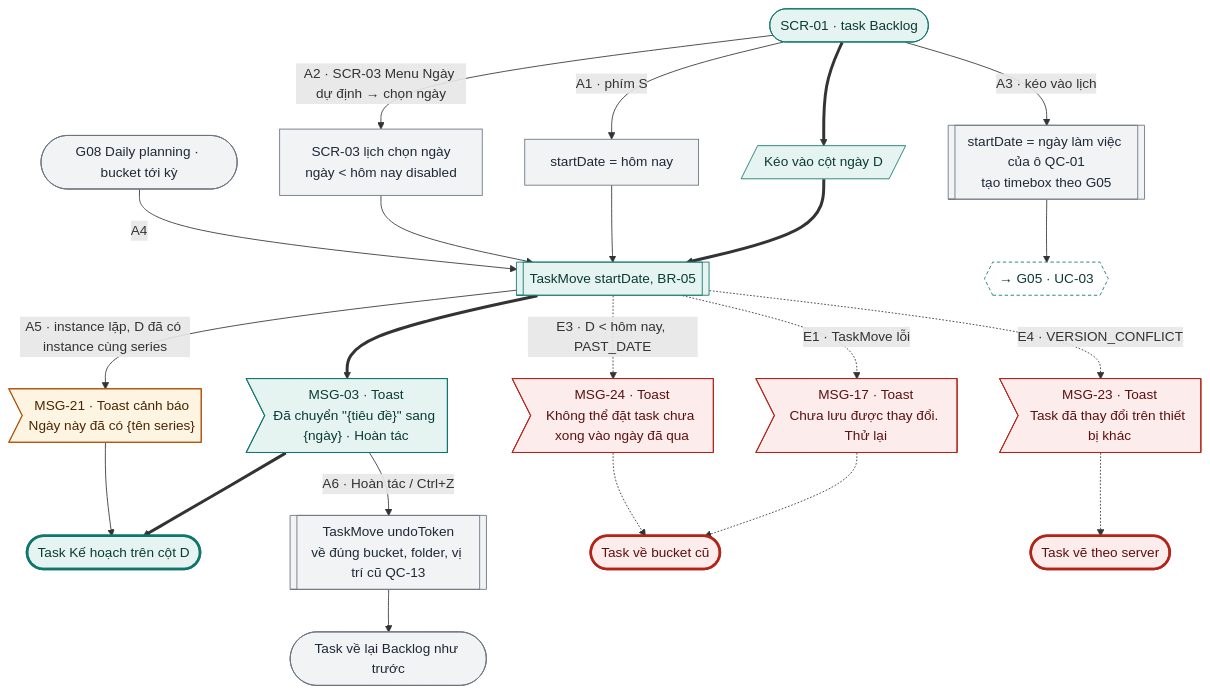
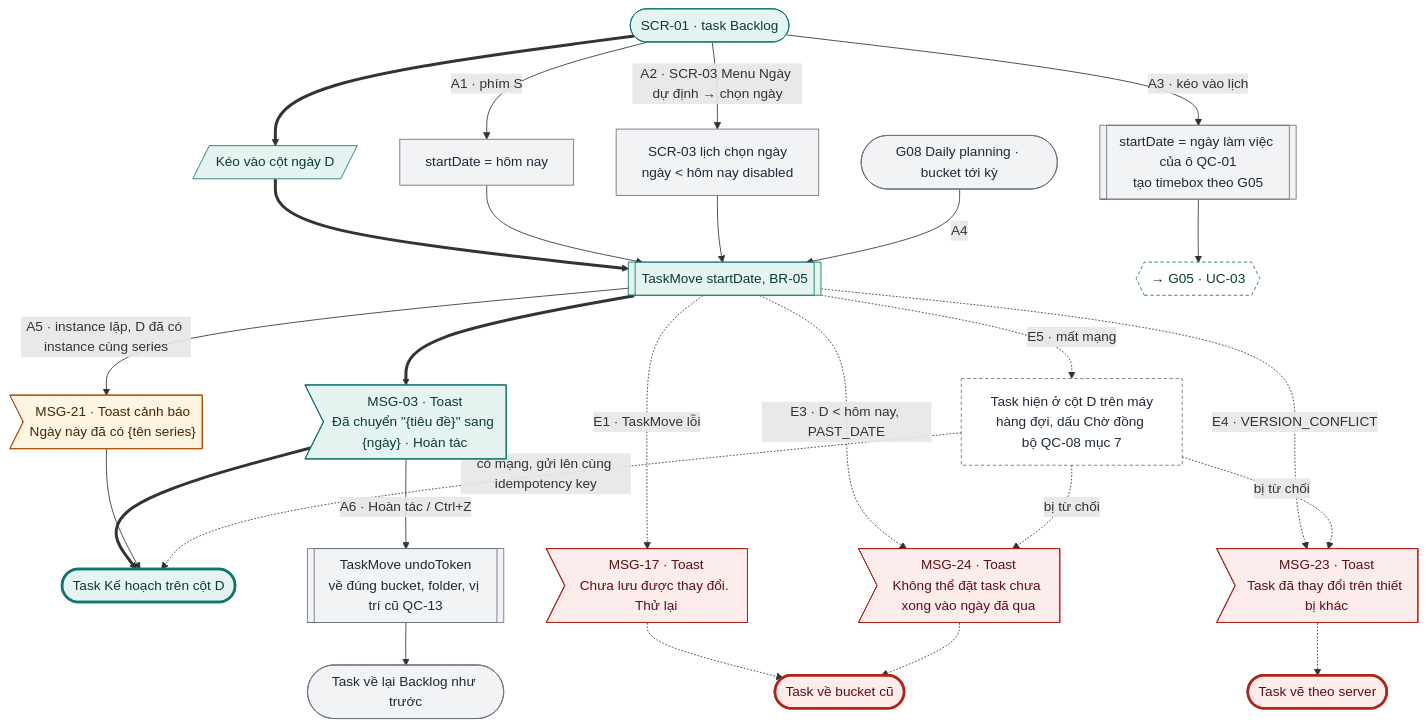
The eighth of 18 diagrams in docs/design-brief/flow/g06-backlog-rollover.md (tannguyenho/personal-app), drawn with Mermaid before and after one commit. The commit also changed other lines of this file and 6 other files, not shown here.

First line of the commit message:
docs: G03 / G06 nhánh mất mạng và ngoại lệ B08; ghi điểm phát sinh cần PO xem

````diff
--- a/docs/design-brief/flow/g06-backlog-rollover.md
+++ b/docs/design-brief/flow/g06-backlog-rollover.md
@@ -301,45 +308,50 @@
 ```mermaid
 flowchart TD
   start(["SCR-01 · task Backlog"])
   u1[/"Kéo vào cột ngày D"/]
   p1[["TaskMove startDate, BR-05"]]
   m3>"MSG-03 · Toast<br/>Đã chuyển #quot;{tiêu đề}#quot; sang {ngày} · Hoàn tác"]
   ok(["Task Kế hoạch trên cột D"])
   start ==> u1 ==> p1 ==> m3 ==> ok
 
   start -->|"A1 · phím S"| a1["startDate = hôm nay"]
   start -->|"A2 · SCR-03 Menu Ngày dự định → chọn ngày"| a2["SCR-03 lịch chọn ngày<br/>ngày < hôm nay disabled"]
   a1 --> p1
   a2 --> p1
   m3 -->|"A6 · Hoàn tác / Ctrl+Z"| a6[["TaskMove undoToken<br/>về đúng bucket, folder, vị trí cũ QC-13"]]
   a6 --> a6e(["Task về lại Backlog như trước"])
   start -->|"A3 · kéo vào lịch"| a3[["startDate = ngày làm việc của ô QC-01<br/>tạo timebox theo G05"]]
   a3 --> a3x{{"→ G05 · UC-03"}}
   a4s(["G08 Daily planning · bucket tới kỳ"]) -->|"A4"| p1
   p1 -->|"A5 · instance lặp, D đã có instance cùng series"| a5m>"MSG-21 · Toast cảnh báo<br/>Ngày này đã có {tên series}"]
   a5m --> ok
 
   p1 -.->|"E1 · TaskMove lỗi"| e1m>"MSG-17 · Toast<br/>Chưa lưu được thay đổi. Thử lại"]
   p1 -.->|"E3 · D < hôm nay, PAST_DATE"| e3m>"MSG-24 · Toast<br/>Không thể đặt task chưa xong vào ngày đã qua"]
   e1m -.-> fail(["Task về bucket cũ"])
   e3m -.-> fail
   p1 -.->|"E4 · VERSION_CONFLICT"| e4m>"MSG-23 · Toast<br/>Task đã thay đổi trên thiết bị khác"]
   e4m -.-> e4(["Task vẽ theo server"])
+  p1 -.->|"E5 · mất mạng"| e5["Task hiện ở cột D trên máy<br/>hàng đợi, dấu Chờ đồng bộ QC-08 mục 7"]
+  e5 -.->|"có mạng, gửi lên cùng idempotency key"| ok
+  e5 -.->|"bị từ chối"| e3m
+  e5 -.->|"bị từ chối"| e4m
 
   class start,u1,p1,m3 happy
   class a1,a2,a3,a4s,a6,a6e alt
   class a5m warn
   class a3x link
   class e1m,e3m,e4m err
+  class e5 sync
   class ok done
   class fail,e4 fail
   classDef happy fill:#E6F4F1,stroke:#0F766E,color:#0B3B36
   classDef alt fill:#F1F3F5,stroke:#6B7280,color:#1F2937
   classDef err fill:#FDECEC,stroke:#B42318,color:#5C1010
   classDef warn fill:#FEF4E2,stroke:#B45309,color:#4A2604
   classDef ai fill:#F1ECFD,stroke:#6D28D9,color:#2E1065
   classDef sync fill:#FFFFFF,stroke:#6B7280,stroke-dasharray:4 3,color:#1F2937
   classDef link fill:#FFFFFF,stroke:#0F766E,stroke-dasharray:4 3,color:#0B3B36
   classDef done fill:#E6F4F1,stroke:#0F766E,stroke-width:3px,color:#0B3B36
   classDef fail fill:#FDECEC,stroke:#B42318,stroke-width:3px,color:#5C1010
 ```
````
